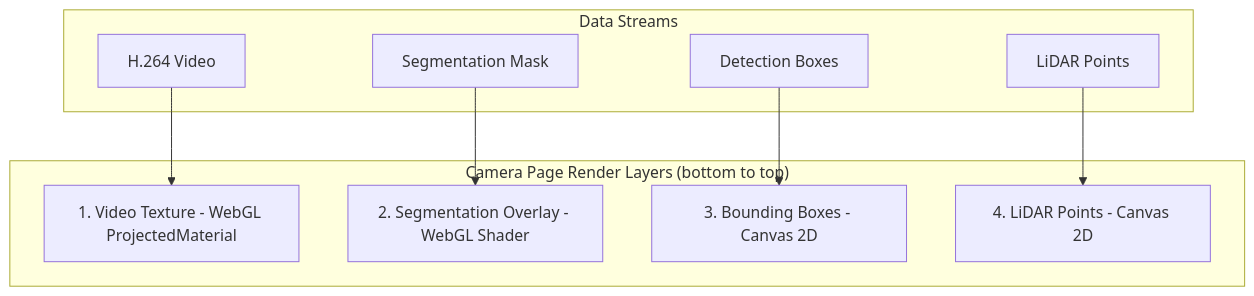
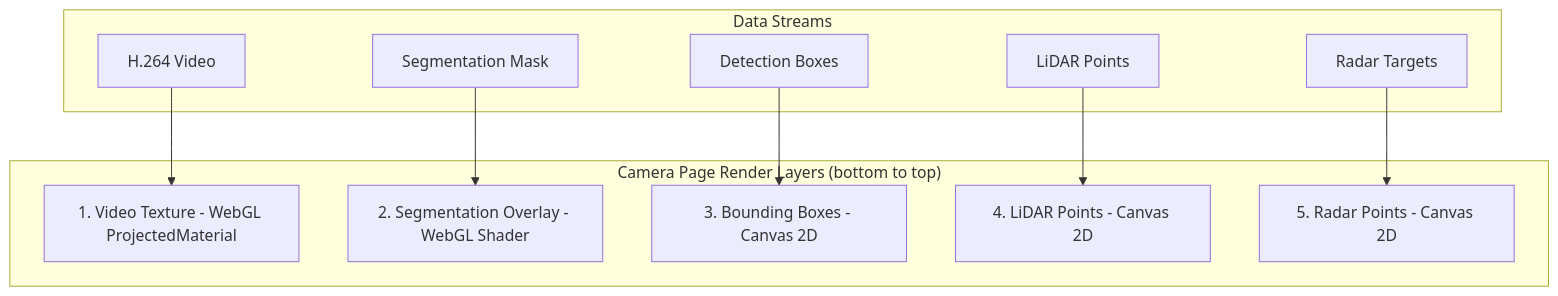
The fourth of 6 diagrams in ARCHITECTURE.md (EdgeFirstAI/webui), drawn with Mermaid before and after one commit. The commit also changed other lines of this file and 14 other files, not shown here.

First line of the commit message:
EDGEAI-1947: Draw radar points over the camera image

````diff
--- a/ARCHITECTURE.md
+++ b/ARCHITECTURE.md
@@ -334,21 +334,24 @@
 ```mermaid
 flowchart TB
     subgraph Streams["Data Streams"]
         H264[H.264 Video]
         MASK[Segmentation Mask]
         BOXES[Detection Boxes]
         LIDAR[LiDAR Points]
+        RADAR[Radar Targets]
     end
 
     subgraph Rendering["Camera Page Render Layers (bottom to top)"]
         L1[1. Video Texture - WebGL ProjectedMaterial]
         L2[2. Segmentation Overlay - WebGL Shader]
         L3[3. Bounding Boxes - Canvas 2D]
         L4[4. LiDAR Points - Canvas 2D]
+        L5[5. Radar Points - Canvas 2D]
     end
 
     H264 --> L1
     MASK --> L2
     BOXES --> L3
     LIDAR --> L4
+    RADAR --> L5
 ```
````
